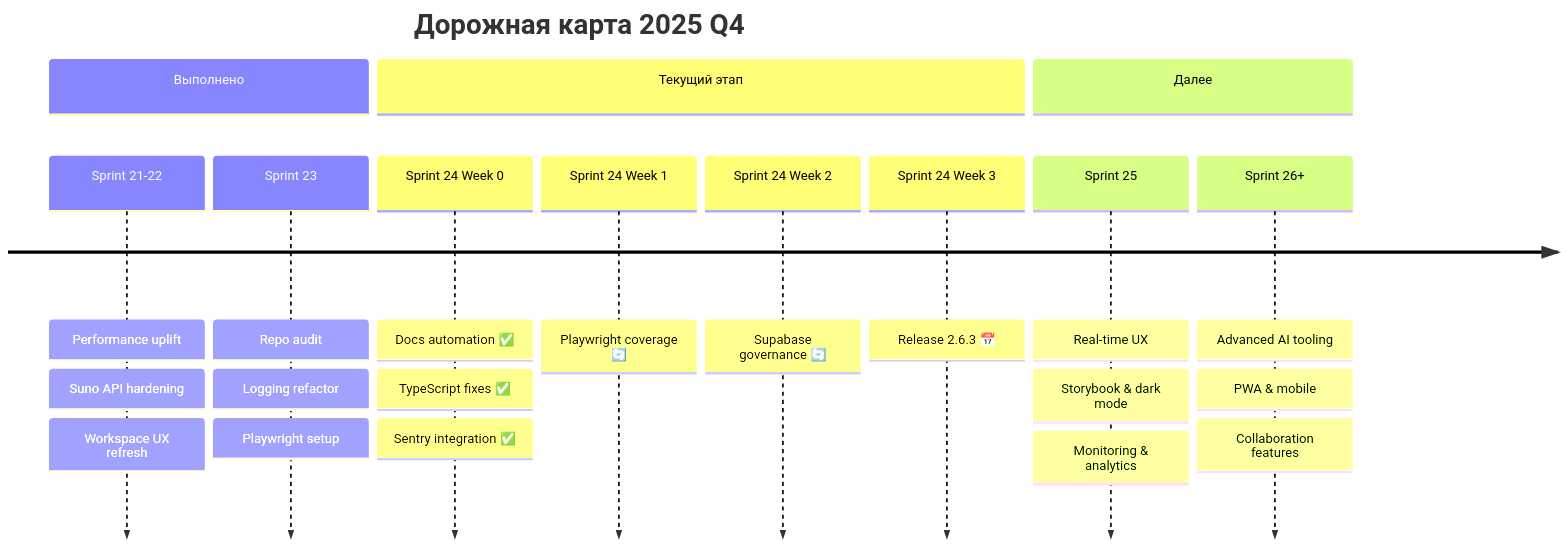
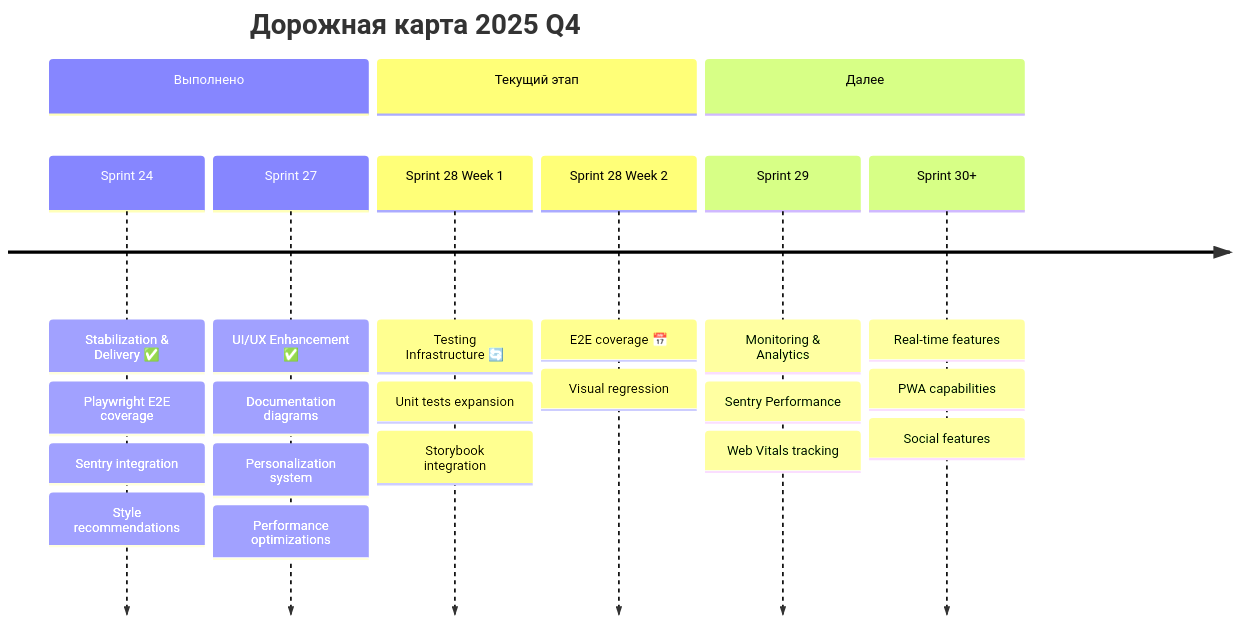
One commit to HOW2AI-AGENCY/albert3-muse-synth-studio changed the diagram in docs/ROADMAP.md. Above: the diagram before and after it, drawn with Mermaid. The commit also changed other lines of this file and 2 other files, not shown here.

Commit message:
Continue implementation

````diff
--- a/docs/ROADMAP.md
+++ b/docs/ROADMAP.md
@@ -16,25 +19,26 @@
 ```mermaid
 timeline
     title Дорожная карта 2025 Q4
     section Выполнено
-        Sprint 21-22 : Performance uplift
-                      : Suno API hardening
-                      : Workspace UX refresh
-        Sprint 23 : Repo audit
-                  : Logging refactor
-                  : Playwright setup
+        Sprint 24 : Stabilization & Delivery ✅
+                  : Playwright E2E coverage
+                  : Sentry integration
+                  : Style recommendations
+        Sprint 27 : UI/UX Enhancement ✅
+                  : Documentation diagrams
+                  : Personalization system
+                  : Performance optimizations
     section Текущий этап
-        Sprint 24 Week 0 : Docs automation ✅
-                         : TypeScript fixes ✅
-                         : Sentry integration ✅
-        Sprint 24 Week 1 : Playwright coverage 🔄
-        Sprint 24 Week 2 : Supabase governance 🔄
-        Sprint 24 Week 3 : Release 2.6.3 📅
+        Sprint 28 Week 1 : Testing Infrastructure 🔄
+                         : Unit tests expansion
+                         : Storybook integration
+        Sprint 28 Week 2 : E2E coverage 📅
+                         : Visual regression
     section Далее
-        Sprint 25 : Real-time UX
-                  : Storybook & dark mode
-                  : Monitoring & analytics
-        Sprint 26+ : Advanced AI tooling
-                    : PWA & mobile
-                    : Collaboration features
+        Sprint 29 : Monitoring & Analytics
+                  : Sentry Performance
+                  : Web Vitals tracking
+        Sprint 30+ : Real-time features
+                   : PWA capabilities
+                   : Social features
 ```
````
